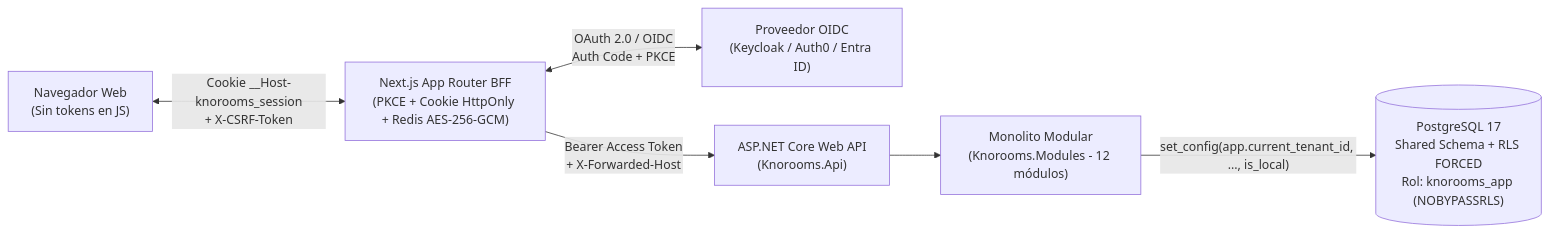
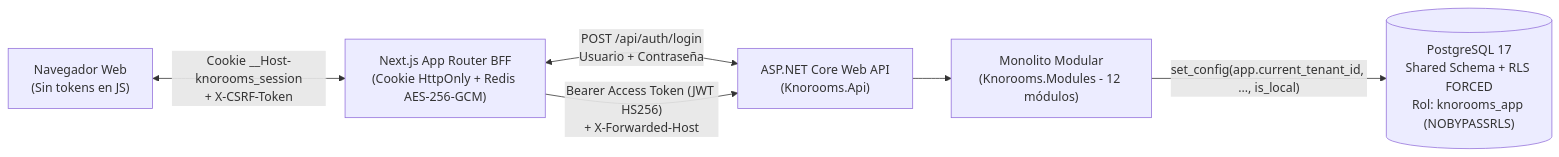
The diagram in docs/architecture/overview-and-modules.md (santicodevv/knorooms.com), drawn with Mermaid before and after one commit. The commit also changed other lines of this file and 68 other files, not shown here.

First line of the commit message:
feat(identity): replace OIDC/Keycloak with local credentials and backend-issued JWT

````diff
--- a/docs/architecture/overview-and-modules.md
+++ b/docs/architecture/overview-and-modules.md
@@ -11,15 +11,14 @@
 ```mermaid
 flowchart LR
     Browser["Navegador Web\n(Sin tokens en JS)"]
-    BFF["Next.js App Router BFF\n(PKCE + Cookie HttpOnly + Redis AES-256-GCM)"]
-    IdP["Proveedor OIDC\n(Keycloak / Auth0 / Entra ID)"]
+    BFF["Next.js App Router BFF\n(Cookie HttpOnly + Redis AES-256-GCM)"]
     API["ASP.NET Core Web API\n(Knorooms.Api)"]
     Modules["Monolito Modular\n(Knorooms.Modules - 12 módulos)"]
     PG[("PostgreSQL 17\nShared Schema + RLS FORCED\nRol: knorooms_app (NOBYPASSRLS)")]
 
     Browser <-->|"Cookie __Host-knorooms_session\n+ X-CSRF-Token"| BFF
-    BFF <-->|"OAuth 2.0 / OIDC\nAuth Code + PKCE"| IdP
-    BFF -->|"Bearer Access Token\n+ X-Forwarded-Host"| API
+    BFF <-->|"POST /api/auth/login\nUsuario + Contraseña"| API
+    BFF -->|"Bearer Access Token (JWT HS256)\n+ X-Forwarded-Host"| API
     API --> Modules
     Modules -->|"set_config(app.current_tenant_id, ..., is_local)"| PG
 ```
````
